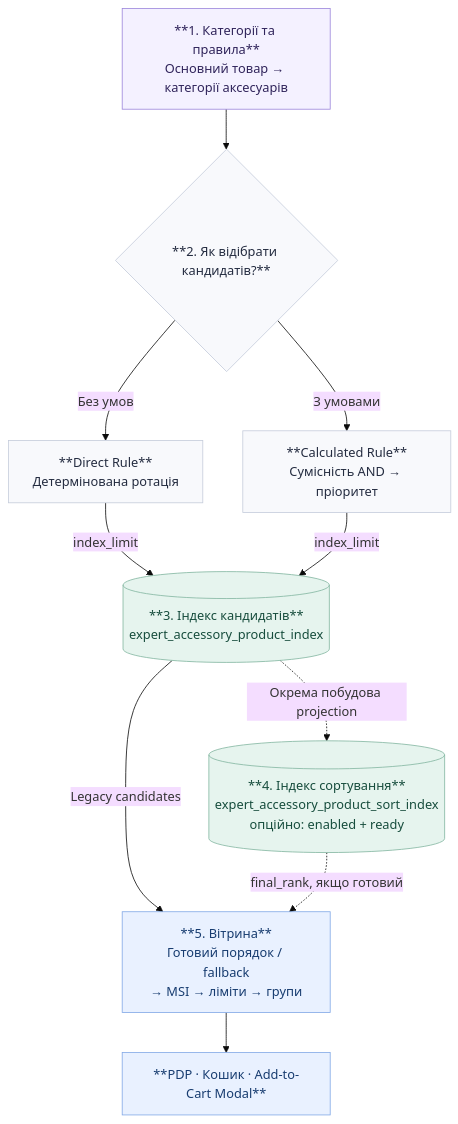
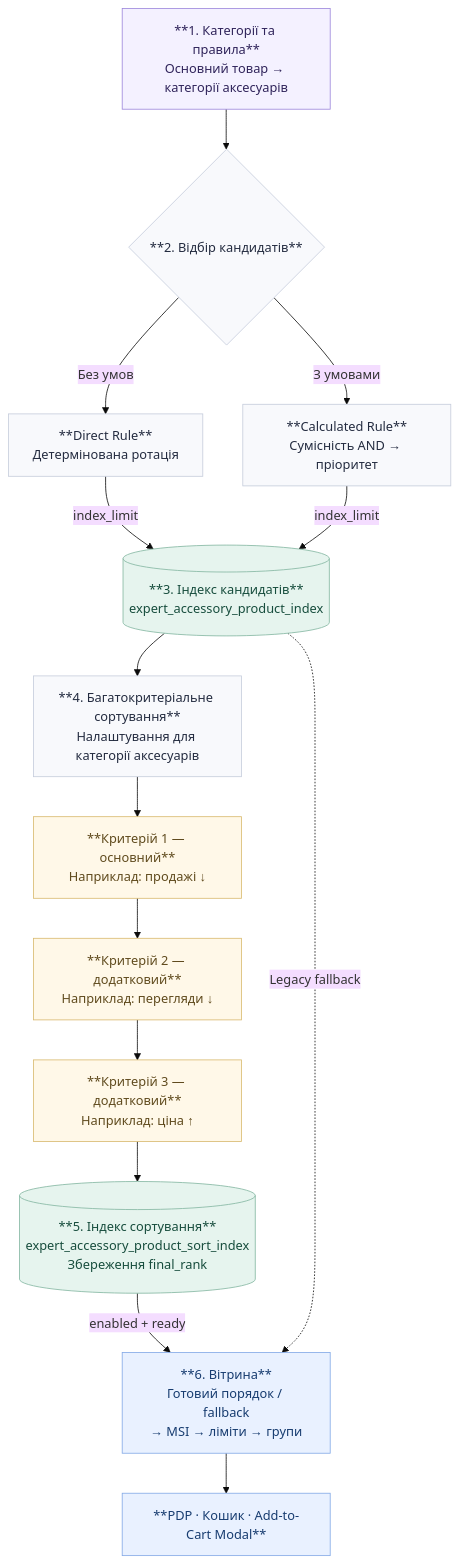
The diagram in docs/published/backend/accessories/accessories-processing-pipeline.md (tviggyr/expert-docs), drawn with Mermaid (base theme) before and after one commit. The commit also changed other lines of this file and 1 other file, not shown here.

Commit message:
Update published documentation

````diff
--- a/docs/published/backend/accessories/accessories-processing-pipeline.md
+++ b/docs/published/backend/accessories/accessories-processing-pipeline.md
@@ -8,30 +8,47 @@
 ```mermaid
 flowchart TB
     A["**1. Категорії та правила**<br/>Основний товар → категорії аксесуарів"]
-    B{"**2. Як відібрати кандидатів?**"}
+    B{"**2. Відбір кандидатів**"}
     D["**Direct Rule**<br/>Детермінована ротація"]
     C["**Calculated Rule**<br/>Сумісність AND → пріоритет"]
     I[("**3. Індекс кандидатів**<br/>expert_accessory_product_index")]
-    P[("**4. Індекс сортування**<br/>expert_accessory_product_sort_index<br/>опційно: enabled + ready")]
-    S["**5. Вітрина**<br/>Готовий порядок / fallback<br/>→ MSI → ліміти → групи"]
+
+    R["**4. Багатокритеріальне сортування**<br/>Налаштування для категорії аксесуарів"]
+
+    K1["**Критерій 1 — основний**<br/>Наприклад: продажі ↓"]
+    K2["**Критерій 2 — додатковий**<br/>Наприклад: перегляди ↓"]
+    K3["**Критерій 3 — додатковий**<br/>Наприклад: ціна ↑"]
+
+    P[("**5. Індекс сортування**<br/>expert_accessory_product_sort_index<br/>Збереження final_rank")]
+
+    S["**6. Вітрина**<br/>Готовий порядок / fallback<br/>→ MSI → ліміти → групи"]
     O["**PDP · Кошик · Add-to-Cart Modal**"]
 
     A --> B
     B -->|Без умов| D
     B -->|З умовами| C
     D -->|index_limit| I
     C -->|index_limit| I
-    I -.->|Окрема побудова projection| P
-    I -->|Legacy candidates| S
-    P -.->|final_rank, якщо готовий| S
+
+    I --> R
+    R --> K1
+    K1 --> K2
+    K2 --> K3
+    K3 --> P
+
+    P -->|enabled + ready| S
+    I -.->|Legacy fallback| S
     S --> O
 
     classDef input fill:#f4f1ff,stroke:#9b85db,color:#30245b
     classDef logic fill:#f8f9fc,stroke:#c5ccdb,color:#242c40
     classDef index fill:#e6f4ee,stroke:#82b5a0,color:#174d3d
     classDef runtime fill:#e9f1ff,stroke:#82a8e6,color:#173c70
+    classDef criterion fill:#fff8e8,stroke:#d8b96d,color:#604b1e
+
     class A input
-    class B,C,D logic
+    class B,C,D,R logic
     class I,P index
+    class K1,K2,K3 criterion
     class S,O runtime
 ```
````
